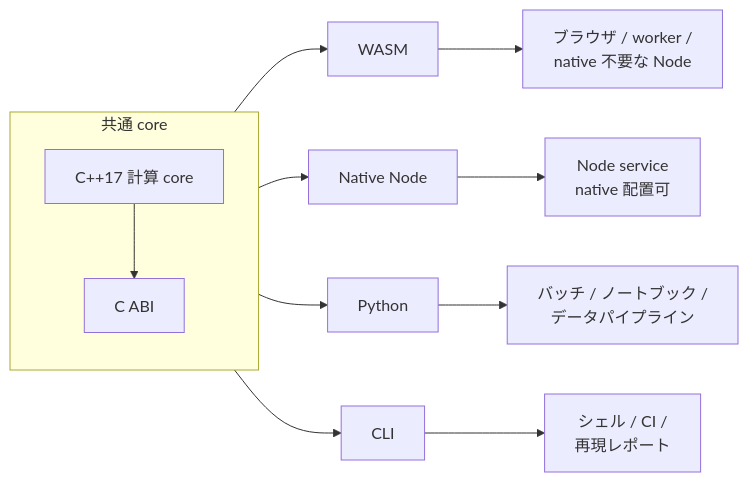
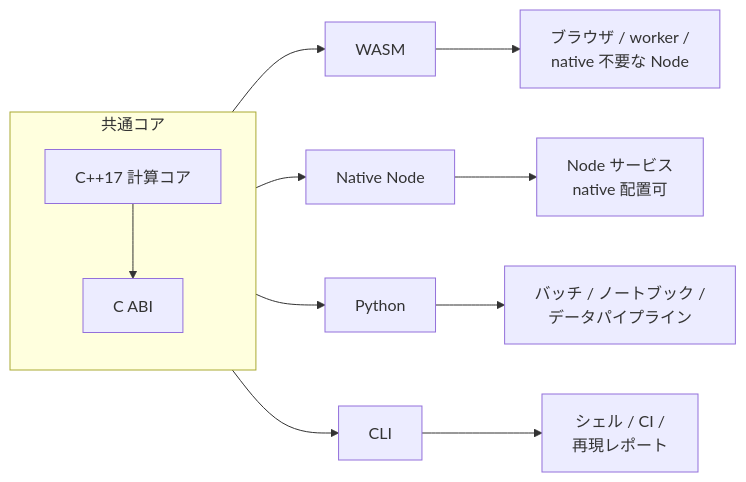
The diagram in src/ja/runtimes/index.md (libraz/formulon-homepage), drawn with Mermaid before and after one commit. The commit also changed other lines of this file and 49 other files, not shown here.

````diff
--- a/src/ja/runtimes/index.md
+++ b/src/ja/runtimes/index.md
@@ -19,15 +19,15 @@
 ```mermaid
 flowchart LR
-  subgraph 共通 core
+  subgraph 共通コア
     direction TB
-    CORE[C++17 計算 core] --> ABI[C ABI]
+    CORE[C++17 計算コア] --> ABI[C ABI]
   end
   ABI --> WASM[WASM]
   ABI --> NN[Native Node]
   ABI --> PY[Python]
   ABI --> CLI[CLI]
   WASM --> BROWSER[ブラウザ / worker /<br/>native 不要な Node]
-  NN --> NODE[Node service<br/>native 配置可]
+  NN --> NODE[Node サービス<br/>native 配置可]
   PY --> BATCH[バッチ / ノートブック /<br/>データパイプライン]
   CLI --> SHELL[シェル / CI /<br/>再現レポート]
 ```
````
